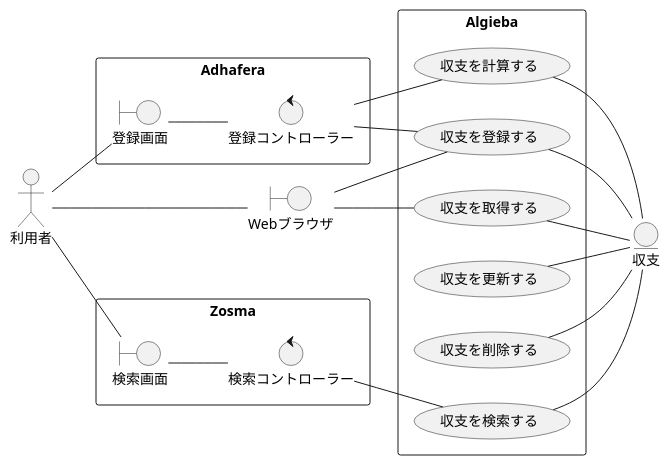
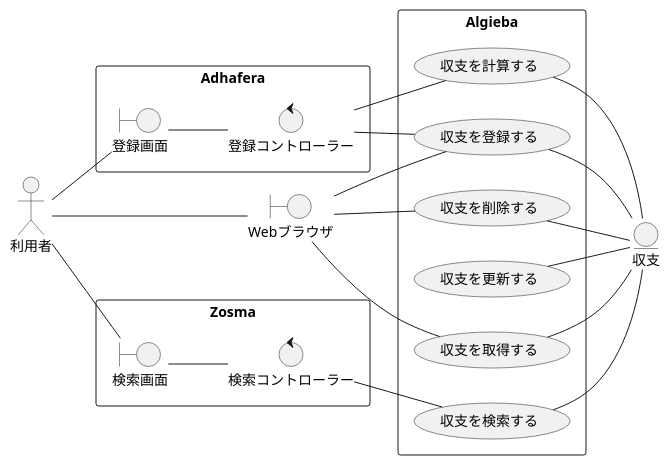
One commit to Leonis0813/chort changed the diagram in index.rst. Above: the diagram before and after it, drawn with PlantUML.

Commit message:
update usecase

```diff
--- a/index.rst
+++ b/index.rst
@@ -18,37 +18,38 @@
 .. uml::
 
    left to right direction
    skinparam packageStyle rect
    actor 利用者
    entity 収支
 
    rectangle Adhafera {
      boundary 登録画面
      control 登録コントローラー
      利用者 -- 登録画面
      登録画面 -- 登録コントローラー
    }
 
    rectangle Zosma {
      boundary 検索画面
      control 検索コントローラー
      利用者 -- 検索画面
      検索画面 -- 検索コントローラー
    }
 
    boundary Webブラウザ
    利用者 -- Webブラウザ
 
    rectangle Algieba {
      登録コントローラー -- (収支を登録する)
      Webブラウザ -- (収支を登録する)
      (収支を登録する) -- 収支
      Webブラウザ -- (収支を取得する)
      (収支を取得する) -- 収支
      検索コントローラー -- (収支を検索する)
      (収支を検索する) -- 収支
      (収支を更新する) -- 収支
+     Webブラウザ -- (収支を削除する)
      (収支を削除する) -- 収支
      登録コントローラー -- (収支を計算する)
      (収支を計算する) -- 収支
    }
```
